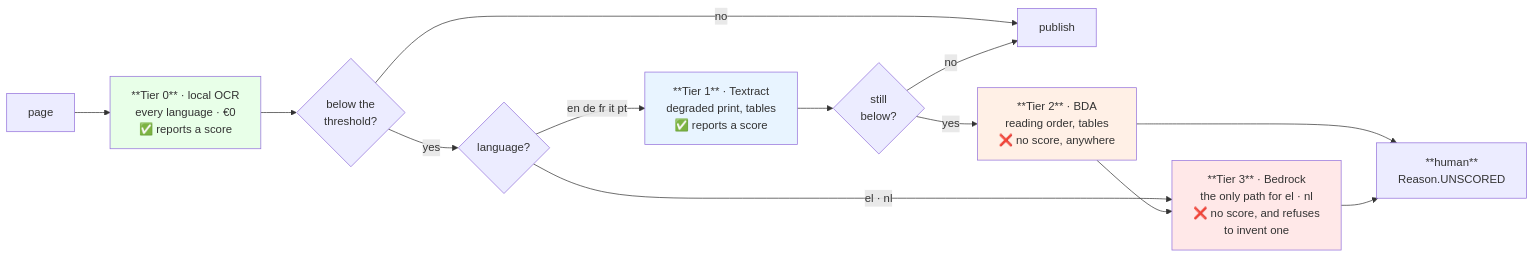
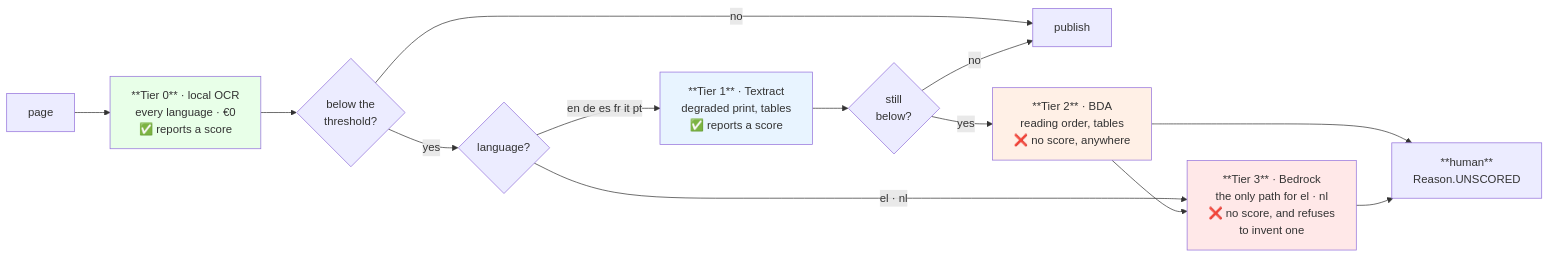
One commit to theofanis-tsakanikas/manifest changed the third of 4 diagrams in notes/ARCHITECTURE.md. Above: the diagram before and after it, drawn with Mermaid. The commit also changed other lines of this file and 3 other files, not shown here.

````diff
--- a/notes/ARCHITECTURE.md
+++ b/notes/ARCHITECTURE.md
@@ -95,22 +104,22 @@
 ```mermaid
 flowchart LR
     P["page"] --> T0["**Tier 0** · local OCR<br/>every language · €0<br/>✅ reports a score"]
     T0 --> Q0{"below the<br/>threshold?"}
     Q0 -- no --> PUB["publish"]
     Q0 -- yes --> LANG{"language?"}
 
-    LANG -- "en de fr it pt" --> T1["**Tier 1** · Textract<br/>degraded print, tables<br/>✅ reports a score"]
+    LANG -- "en de es fr it pt" --> T1["**Tier 1** · Textract<br/>degraded print, tables<br/>✅ reports a score"]
     LANG -- "el · nl" --> T3
 
     T1 --> Q1{"still<br/>below?"}
     Q1 -- no --> PUB
     Q1 -- yes --> T2["**Tier 2** · BDA<br/>reading order, tables<br/>❌ no score, anywhere"]
     T2 --> T3["**Tier 3** · Bedrock<br/>the only path for el · nl<br/>❌ no score, and refuses<br/>to invent one"]
     T2 --> HU
     T3 --> HU["**human**<br/>Reason.UNSCORED"]
 
     style T0 fill:#e8ffe8
     style T1 fill:#e8f4ff
     style T2 fill:#fff0e6
     style T3 fill:#ffe8e8
 ```
````
